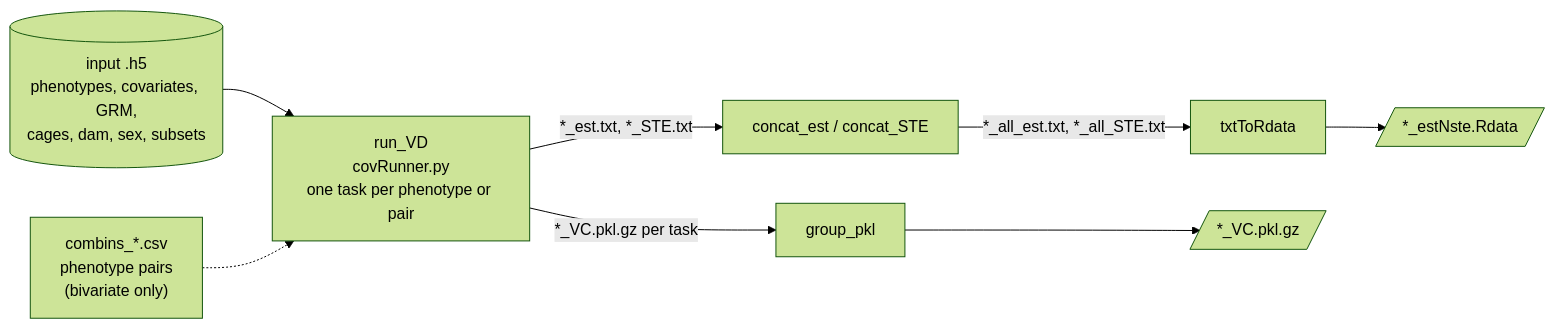
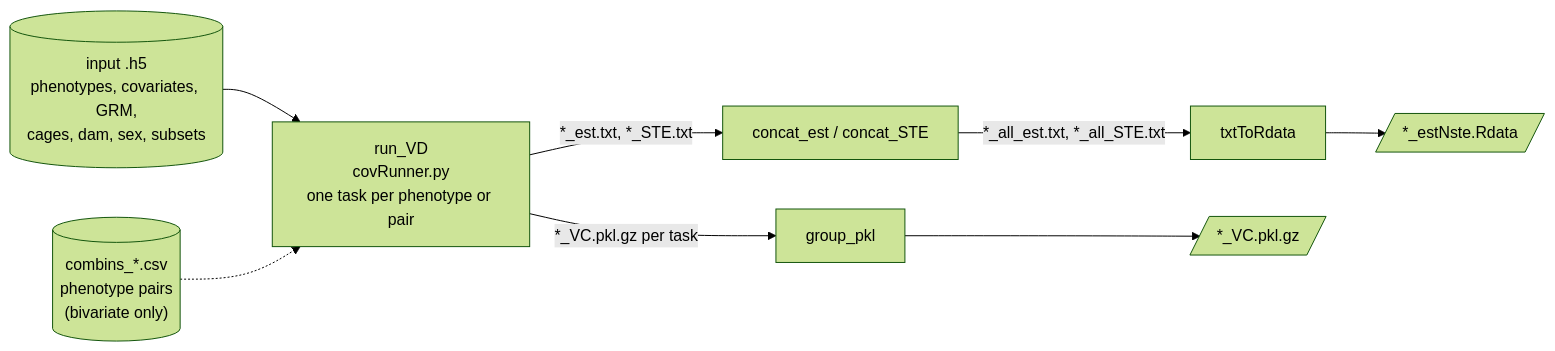
One commit to Baud-lab/CoreQuantGen changed the diagram in nf-realdata/README.md. Above: the diagram before and after it, drawn with Mermaid (forest theme). The commit also changed 1 other file, not shown here.

Commit message:
fixing scheme

````diff
--- a/nf-realdata/README.md
+++ b/nf-realdata/README.md
@@ -6,16 +6,16 @@
 ```mermaid
 flowchart LR
   h5[("input .h5<br/>phenotypes, covariates, GRM,<br/>cages, dam, sex, subsets")]
-  comb["combins_*.csv<br/>phenotype pairs<br/>(bivariate only)"]
+  comb[("combins_*.csv<br/>phenotype pairs<br/>(bivariate only)")]
   VD["run_VD<br/>covRunner.py<br/>one task per phenotype or pair"]
   CAT["concat_est / concat_STE"]
   RD["txtToRdata"]
   PKL["group_pkl"]
   o2[/"*_estNste.Rdata"/]
   o3[/"*_VC.pkl.gz"/]
   h5 --> VD
   comb -.-> VD
   VD -- "*_est.txt, *_STE.txt" --> CAT
   CAT -- "*_all_est.txt, *_all_STE.txt" --> RD --> o2
   VD -- "*_VC.pkl.gz per task" --> PKL --> o3
 ```
````
